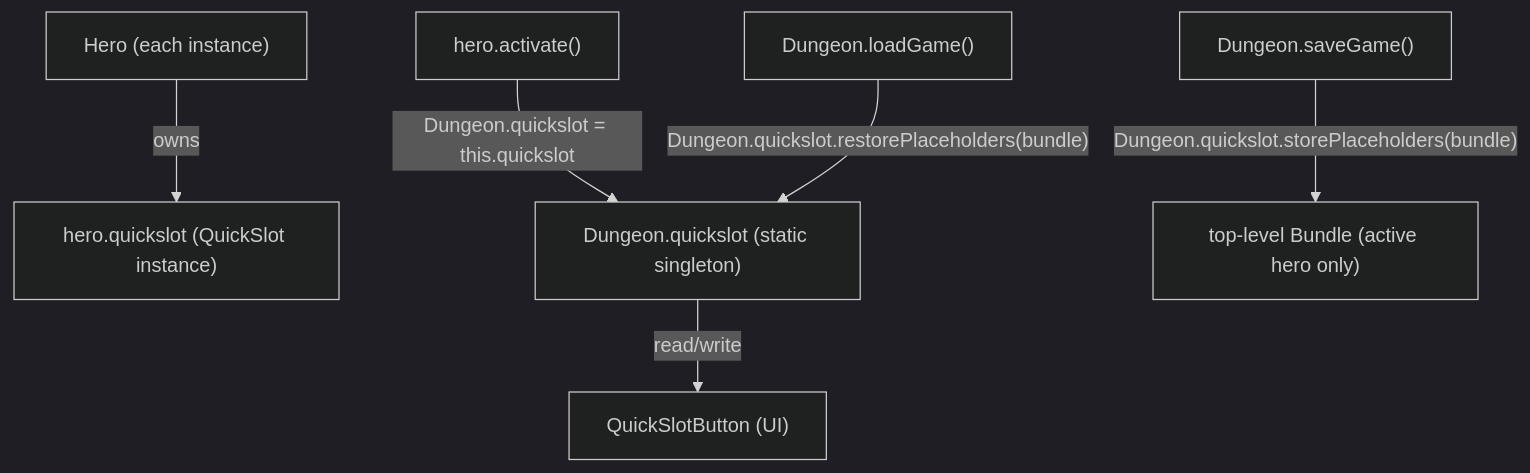
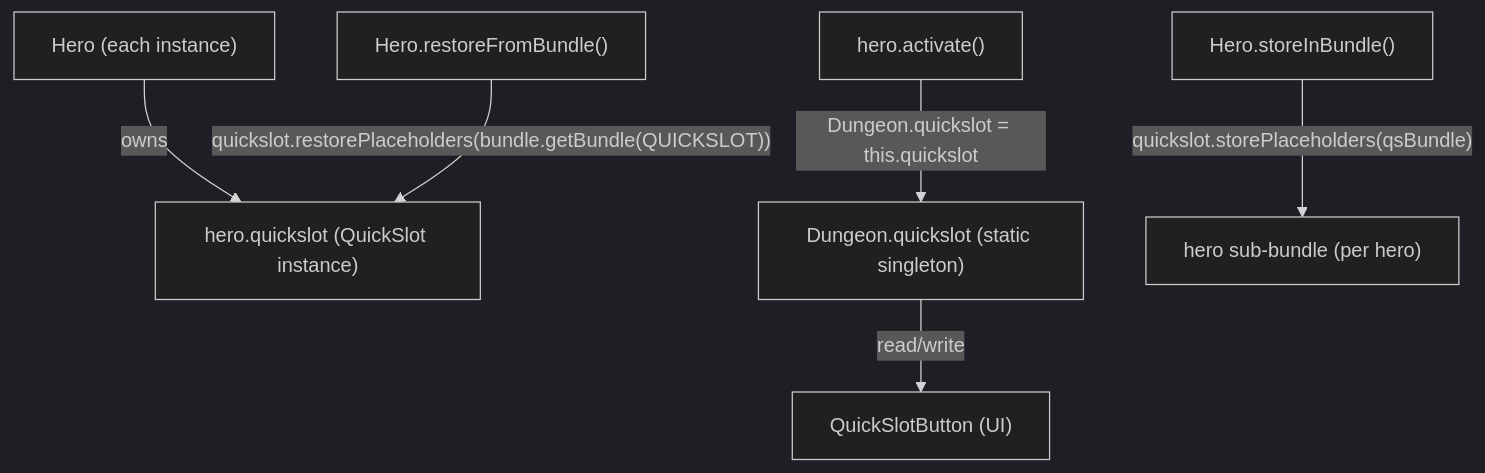
The diagram in docs/docs/quickslot.md (lewibs/shattered-pixel-dungeon-multiplayer), drawn with Mermaid (dark theme) before and after one commit. The commit also changed other lines of this file and 4 other files, not shown here.

First line of the commit message:
fix(hero): persist per-hero quickslot assignments on save/load

````diff
--- a/docs/docs/quickslot.md
+++ b/docs/docs/quickslot.md
@@ -13,17 +13,17 @@
 ```mermaid
 flowchart TD
   Hero["Hero (each instance)"]
   HeroQS["hero.quickslot (QuickSlot instance)"]
   DungeonQS["Dungeon.quickslot (static singleton)"]
   QSButton["QuickSlotButton (UI)"]
   Activate["hero.activate()"]
-  SaveGame["Dungeon.saveGame()"]
-  LoadGame["Dungeon.loadGame()"]
+  SaveGame["Hero.storeInBundle()"]
+  LoadGame["Hero.restoreFromBundle()"]
 
   Hero -->|"owns"| HeroQS
   Activate -->|"Dungeon.quickslot = this.quickslot"| DungeonQS
   DungeonQS -->|"read/write"| QSButton
 
-  SaveGame -->|"Dungeon.quickslot.storePlaceholders(bundle)"| BundleTop["top-level Bundle (active hero only)"]
-  LoadGame -->|"Dungeon.quickslot.restorePlaceholders(bundle)"| DungeonQS
+  SaveGame -->|"quickslot.storePlaceholders(qsBundle)"| HeroBundle["hero sub-bundle (per hero)"]
+  LoadGame -->|"quickslot.restorePlaceholders(bundle.getBundle(QUICKSLOT))"| HeroQS
 ```
````
